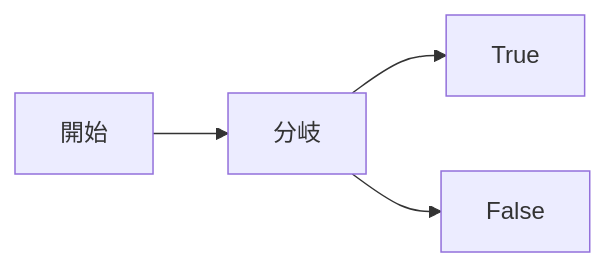
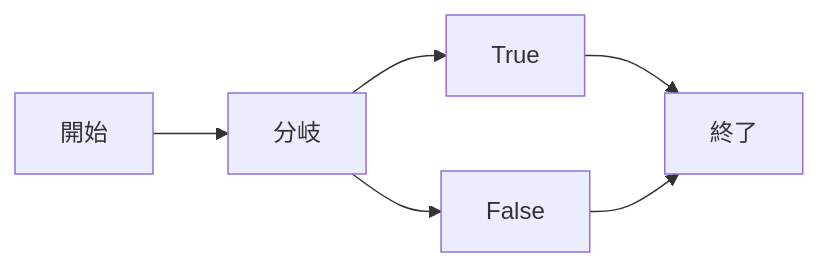
One commit to KinoshitaToya/mermaid_test changed the first of 3 diagrams in README.md. Above: the diagram before and after it, drawn with Mermaid.

````diff
--- a/README.md
+++ b/README.md
@@ -20,6 +20,8 @@
 ```mermaid
 flowchart LR;
   開始 --> 分岐 --> True
   分岐 --> False
+  True --> 終了
+  False --> 終了
   
 ```
````
